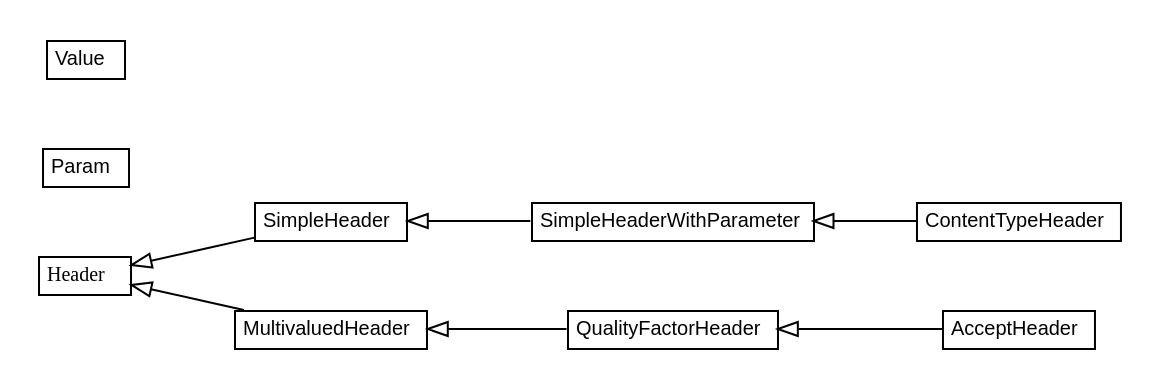
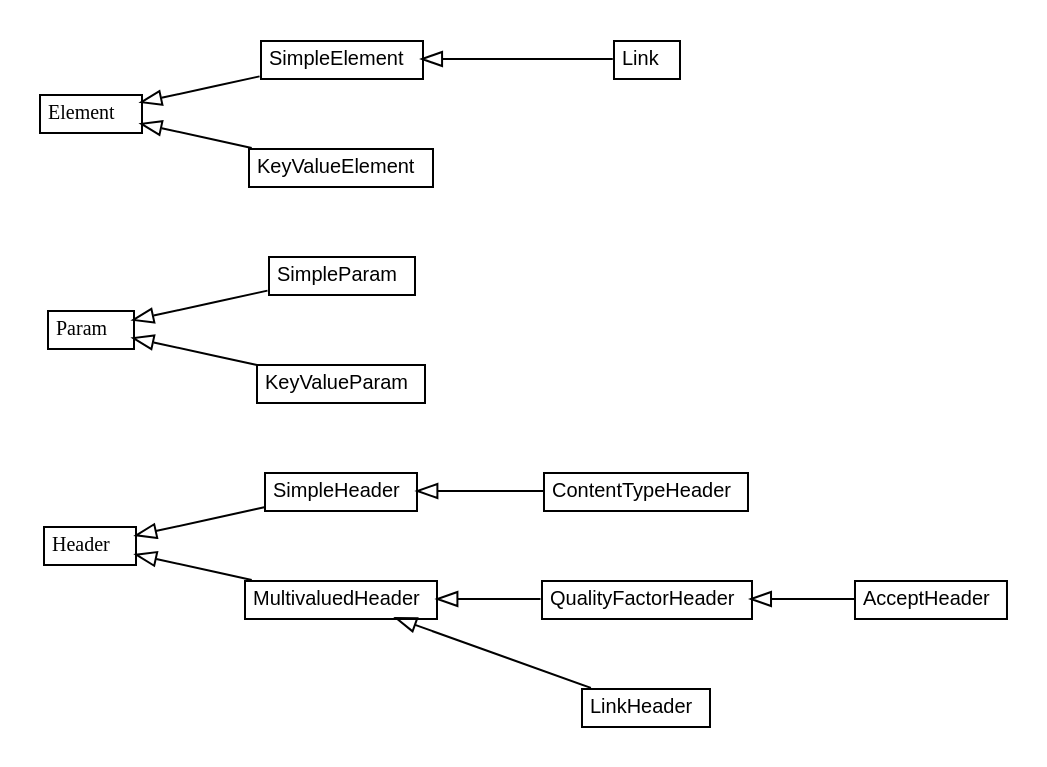
Before and after one commit to reinert/requestor: the diagram in latest/javadoc/apidocs/io/reinert/requestor/header/io.reinert.requestor.header.dot, drawn with Graphviz. The commit also changed 535 other files, not shown here.

```diff
--- a/latest/javadoc/apidocs/io/reinert/requestor/header/io.reinert.requestor.header.dot
+++ b/latest/javadoc/apidocs/io/reinert/requestor/header/io.reinert.requestor.header.dot
@@ -1,79 +1,119 @@
 #!/usr/local/bin/dot
 #
 # Class diagram 
 # Generated by UMLGraph version R5_6-24-gf6e263 (http://www.umlgraph.org/)
 #
 
 digraph G {
 	edge [fontname="arial",fontsize=10,labelfontname="arial",labelfontsize=10];
 	node [fontname="arial",fontsize=10,shape=plaintext];
 	nodesep=0.25;
 	ranksep=0.5;
 	rankdir=LR;
-	// io.reinert.requestor.header.SimpleHeaderWithParameter
-	c604 [label=<<table title="io.reinert.requestor.header.SimpleHeaderWithParameter" border="0" cellborder="1" cellspacing="0" cellpadding="2" port="p" href="./SimpleHeaderWithParameter.html">
-		<tr><td><table border="0" cellspacing="0" cellpadding="1">
-<tr><td align="center" balign="center"> SimpleHeaderWithParameter </td></tr>
-		</table></td></tr>
-		</table>>, URL="./SimpleHeaderWithParameter.html", fontname="arial", fontcolor="black", fontsize=10.0];
-	// io.reinert.requestor.header.SimpleHeaderWithParameter.Param
-	c605 [label=<<table title="io.reinert.requestor.header.SimpleHeaderWithParameter.Param" border="0" cellborder="1" cellspacing="0" cellpadding="2" port="p" href="./SimpleHeaderWithParameter.Param.html">
-		<tr><td><table border="0" cellspacing="0" cellpadding="1">
-<tr><td align="center" balign="center"> Param </td></tr>
-		</table></td></tr>
-		</table>>, URL="./SimpleHeaderWithParameter.Param.html", fontname="arial", fontcolor="black", fontsize=10.0];
 	// io.reinert.requestor.header.SimpleHeader
-	c606 [label=<<table title="io.reinert.requestor.header.SimpleHeader" border="0" cellborder="1" cellspacing="0" cellpadding="2" port="p" href="./SimpleHeader.html">
+	c663 [label=<<table title="io.reinert.requestor.header.SimpleHeader" border="0" cellborder="1" cellspacing="0" cellpadding="2" port="p" href="./SimpleHeader.html">
 		<tr><td><table border="0" cellspacing="0" cellpadding="1">
 <tr><td align="center" balign="center"> SimpleHeader </td></tr>
 		</table></td></tr>
 		</table>>, URL="./SimpleHeader.html", fontname="arial", fontcolor="black", fontsize=10.0];
 	// io.reinert.requestor.header.QualityFactorHeader
-	c607 [label=<<table title="io.reinert.requestor.header.QualityFactorHeader" border="0" cellborder="1" cellspacing="0" cellpadding="2" port="p" href="./QualityFactorHeader.html">
+	c664 [label=<<table title="io.reinert.requestor.header.QualityFactorHeader" border="0" cellborder="1" cellspacing="0" cellpadding="2" port="p" href="./QualityFactorHeader.html">
 		<tr><td><table border="0" cellspacing="0" cellpadding="1">
 <tr><td align="center" balign="center"> QualityFactorHeader </td></tr>
 		</table></td></tr>
 		</table>>, URL="./QualityFactorHeader.html", fontname="arial", fontcolor="black", fontsize=10.0];
-	// io.reinert.requestor.header.QualityFactorHeader.Value
-	c608 [label=<<table title="io.reinert.requestor.header.QualityFactorHeader.Value" border="0" cellborder="1" cellspacing="0" cellpadding="2" port="p" href="./QualityFactorHeader.Value.html">
+	// io.reinert.requestor.header.Param
+	c665 [label=<<table title="io.reinert.requestor.header.Param" border="0" cellborder="1" cellspacing="0" cellpadding="2" port="p" href="./Param.html">
 		<tr><td><table border="0" cellspacing="0" cellpadding="1">
-<tr><td align="center" balign="center"> Value </td></tr>
+<tr><td align="center" balign="center"><font face="arial italic"> Param </font></td></tr>
 		</table></td></tr>
-		</table>>, URL="./QualityFactorHeader.Value.html", fontname="arial", fontcolor="black", fontsize=10.0];
+		</table>>, URL="./Param.html", fontname="arial", fontcolor="black", fontsize=10.0];
+	// io.reinert.requestor.header.Param.SimpleParam
+	c666 [label=<<table title="io.reinert.requestor.header.Param.SimpleParam" border="0" cellborder="1" cellspacing="0" cellpadding="2" port="p" href="./Param.SimpleParam.html">
+		<tr><td><table border="0" cellspacing="0" cellpadding="1">
+<tr><td align="center" balign="center"> SimpleParam </td></tr>
+		</table></td></tr>
+		</table>>, URL="./Param.SimpleParam.html", fontname="arial", fontcolor="black", fontsize=10.0];
+	// io.reinert.requestor.header.Param.KeyValueParam
+	c667 [label=<<table title="io.reinert.requestor.header.Param.KeyValueParam" border="0" cellborder="1" cellspacing="0" cellpadding="2" port="p" href="./Param.KeyValueParam.html">
+		<tr><td><table border="0" cellspacing="0" cellpadding="1">
+<tr><td align="center" balign="center"> KeyValueParam </td></tr>
+		</table></td></tr>
+		</table>>, URL="./Param.KeyValueParam.html", fontname="arial", fontcolor="black", fontsize=10.0];
 	// io.reinert.requestor.header.MultivaluedHeader
-	c609 [label=<<table title="io.reinert.requestor.header.MultivaluedHeader" border="0" cellborder="1" cellspacing="0" cellpadding="2" port="p" href="./MultivaluedHeader.html">
+	c668 [label=<<table title="io.reinert.requestor.header.MultivaluedHeader" border="0" cellborder="1" cellspacing="0" cellpadding="2" port="p" href="./MultivaluedHeader.html">
 		<tr><td><table border="0" cellspacing="0" cellpadding="1">
 <tr><td align="center" balign="center"> MultivaluedHeader </td></tr>
 		</table></td></tr>
 		</table>>, URL="./MultivaluedHeader.html", fontname="arial", fontcolor="black", fontsize=10.0];
+	// io.reinert.requestor.header.LinkHeader
+	c669 [label=<<table title="io.reinert.requestor.header.LinkHeader" border="0" cellborder="1" cellspacing="0" cellpadding="2" port="p" href="./LinkHeader.html">
+		<tr><td><table border="0" cellspacing="0" cellpadding="1">
+<tr><td align="center" balign="center"> LinkHeader </td></tr>
+		</table></td></tr>
+		</table>>, URL="./LinkHeader.html", fontname="arial", fontcolor="black", fontsize=10.0];
+	// io.reinert.requestor.header.LinkHeader.Link
+	c670 [label=<<table title="io.reinert.requestor.header.LinkHeader.Link" border="0" cellborder="1" cellspacing="0" cellpadding="2" port="p" href="./LinkHeader.Link.html">
+		<tr><td><table border="0" cellspacing="0" cellpadding="1">
+<tr><td align="center" balign="center"> Link </td></tr>
+		</table></td></tr>
+		</table>>, URL="./LinkHeader.Link.html", fontname="arial", fontcolor="black", fontsize=10.0];
 	// io.reinert.requestor.header.Header
-	c610 [label=<<table title="io.reinert.requestor.header.Header" border="0" cellborder="1" cellspacing="0" cellpadding="2" port="p" href="./Header.html">
+	c671 [label=<<table title="io.reinert.requestor.header.Header" border="0" cellborder="1" cellspacing="0" cellpadding="2" port="p" href="./Header.html">
 		<tr><td><table border="0" cellspacing="0" cellpadding="1">
 <tr><td align="center" balign="center"><font face="arial italic"> Header </font></td></tr>
 		</table></td></tr>
 		</table>>, URL="./Header.html", fontname="arial", fontcolor="black", fontsize=10.0];
+	// io.reinert.requestor.header.Element
+	c672 [label=<<table title="io.reinert.requestor.header.Element" border="0" cellborder="1" cellspacing="0" cellpadding="2" port="p" href="./Element.html">
+		<tr><td><table border="0" cellspacing="0" cellpadding="1">
+<tr><td align="center" balign="center"><font face="arial italic"> Element </font></td></tr>
+		</table></td></tr>
+		</table>>, URL="./Element.html", fontname="arial", fontcolor="black", fontsize=10.0];
+	// io.reinert.requestor.header.Element.SimpleElement
+	c673 [label=<<table title="io.reinert.requestor.header.Element.SimpleElement" border="0" cellborder="1" cellspacing="0" cellpadding="2" port="p" href="./Element.SimpleElement.html">
+		<tr><td><table border="0" cellspacing="0" cellpadding="1">
+<tr><td align="center" balign="center"> SimpleElement </td></tr>
+		</table></td></tr>
+		</table>>, URL="./Element.SimpleElement.html", fontname="arial", fontcolor="black", fontsize=10.0];
+	// io.reinert.requestor.header.Element.KeyValueElement
+	c674 [label=<<table title="io.reinert.requestor.header.Element.KeyValueElement" border="0" cellborder="1" cellspacing="0" cellpadding="2" port="p" href="./Element.KeyValueElement.html">
+		<tr><td><table border="0" cellspacing="0" cellpadding="1">
+<tr><td align="center" balign="center"> KeyValueElement </td></tr>
+		</table></td></tr>
+		</table>>, URL="./Element.KeyValueElement.html", fontname="arial", fontcolor="black", fontsize=10.0];
 	// io.reinert.requestor.header.ContentTypeHeader
-	c611 [label=<<table title="io.reinert.requestor.header.ContentTypeHeader" border="0" cellborder="1" cellspacing="0" cellpadding="2" port="p" href="./ContentTypeHeader.html">
+	c675 [label=<<table title="io.reinert.requestor.header.ContentTypeHeader" border="0" cellborder="1" cellspacing="0" cellpadding="2" port="p" href="./ContentTypeHeader.html">
 		<tr><td><table border="0" cellspacing="0" cellpadding="1">
 <tr><td align="center" balign="center"> ContentTypeHeader </td></tr>
 		</table></td></tr>
 		</table>>, URL="./ContentTypeHeader.html", fontname="arial", fontcolor="black", fontsize=10.0];
 	// io.reinert.requestor.header.AcceptHeader
-	c612 [label=<<table title="io.reinert.requestor.header.AcceptHeader" border="0" cellborder="1" cellspacing="0" cellpadding="2" port="p" href="./AcceptHeader.html">
+	c676 [label=<<table title="io.reinert.requestor.header.AcceptHeader" border="0" cellborder="1" cellspacing="0" cellpadding="2" port="p" href="./AcceptHeader.html">
 		<tr><td><table border="0" cellspacing="0" cellpadding="1">
 <tr><td align="center" balign="center"> AcceptHeader </td></tr>
 		</table></td></tr>
 		</table>>, URL="./AcceptHeader.html", fontname="arial", fontcolor="black", fontsize=10.0];
-	//io.reinert.requestor.header.SimpleHeaderWithParameter extends io.reinert.requestor.header.SimpleHeader
-	c606:p -> c604:p [dir=back,arrowtail=empty];
 	//io.reinert.requestor.header.SimpleHeader extends io.reinert.requestor.header.Header
-	c610:p -> c606:p [dir=back,arrowtail=empty];
+	c671:p -> c663:p [dir=back,arrowtail=empty];
 	//io.reinert.requestor.header.QualityFactorHeader extends io.reinert.requestor.header.MultivaluedHeader
-	c609:p -> c607:p [dir=back,arrowtail=empty];
+	c668:p -> c664:p [dir=back,arrowtail=empty];
+	//io.reinert.requestor.header.Param.SimpleParam extends io.reinert.requestor.header.Param
+	c665:p -> c666:p [dir=back,arrowtail=empty];
+	//io.reinert.requestor.header.Param.KeyValueParam extends io.reinert.requestor.header.Param
+	c665:p -> c667:p [dir=back,arrowtail=empty];
 	//io.reinert.requestor.header.MultivaluedHeader extends io.reinert.requestor.header.Header
-	c610:p -> c609:p [dir=back,arrowtail=empty];
-	//io.reinert.requestor.header.ContentTypeHeader extends io.reinert.requestor.header.SimpleHeaderWithParameter
-	c604:p -> c611:p [dir=back,arrowtail=empty];
+	c671:p -> c668:p [dir=back,arrowtail=empty];
+	//io.reinert.requestor.header.LinkHeader extends io.reinert.requestor.header.MultivaluedHeader
+	c668:p -> c669:p [dir=back,arrowtail=empty];
+	//io.reinert.requestor.header.LinkHeader.Link extends io.reinert.requestor.header.Element.SimpleElement
+	c673:p -> c670:p [dir=back,arrowtail=empty];
+	//io.reinert.requestor.header.Element.SimpleElement extends io.reinert.requestor.header.Element
+	c672:p -> c673:p [dir=back,arrowtail=empty];
+	//io.reinert.requestor.header.Element.KeyValueElement extends io.reinert.requestor.header.Element
+	c672:p -> c674:p [dir=back,arrowtail=empty];
+	//io.reinert.requestor.header.ContentTypeHeader extends io.reinert.requestor.header.SimpleHeader
+	c663:p -> c675:p [dir=back,arrowtail=empty];
 	//io.reinert.requestor.header.AcceptHeader extends io.reinert.requestor.header.QualityFactorHeader
-	c607:p -> c612:p [dir=back,arrowtail=empty];
+	c664:p -> c676:p [dir=back,arrowtail=empty];
 }
```
